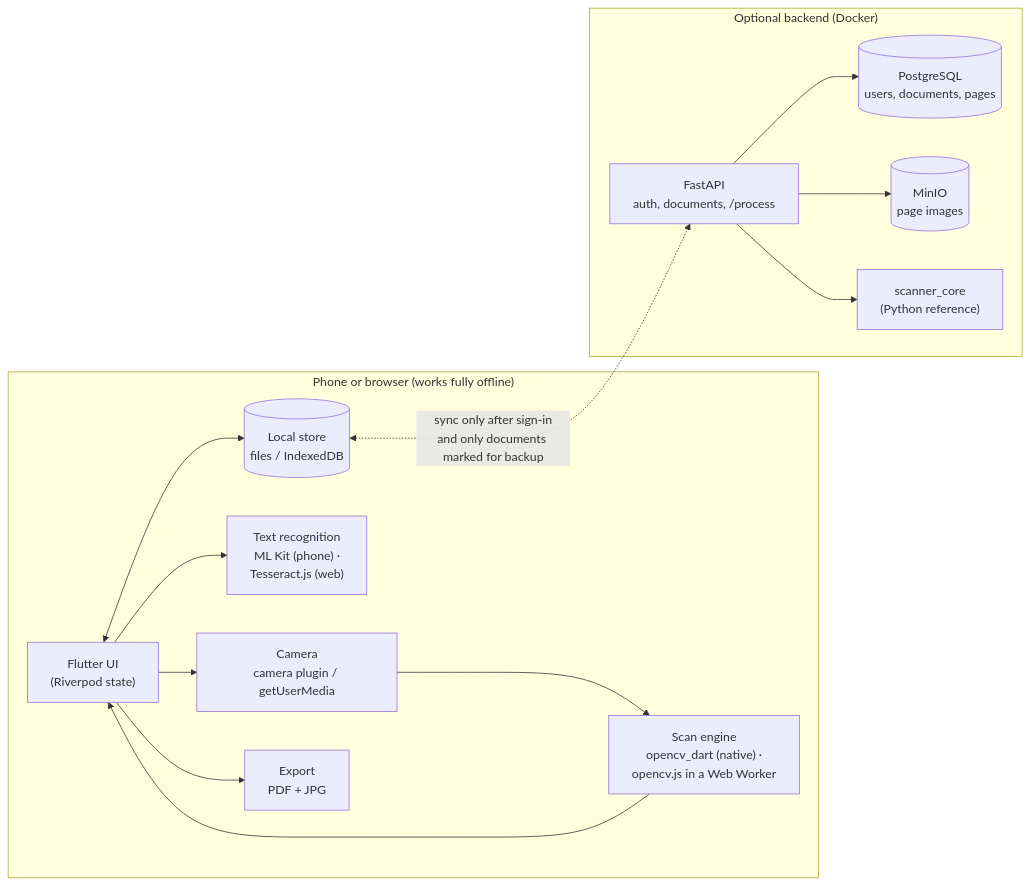
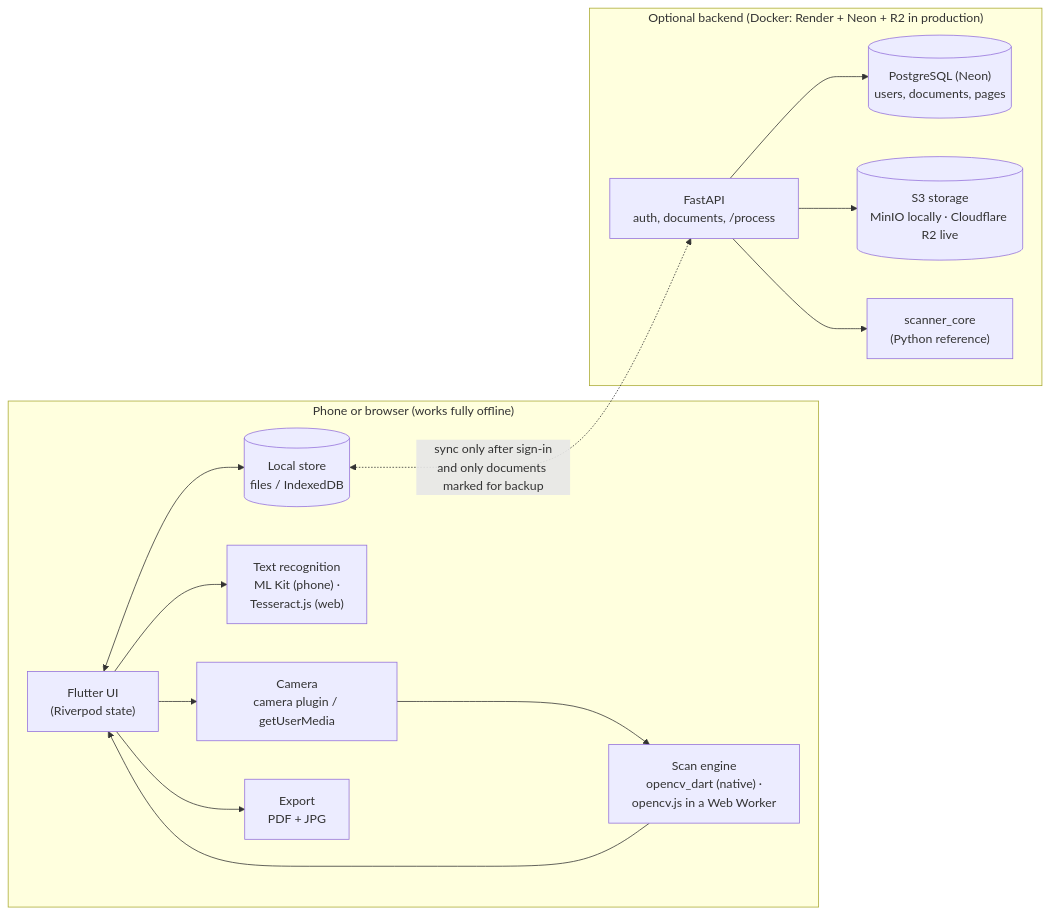
The first of 2 diagrams in docs/TECH_DECISIONS.md (manav252/DocScanner), drawn with Mermaid before and after one commit. The commit also changed other lines of this file and 3 other files, not shown here.

Commit message:
Document how the whole system works: ARCHITECTURE.md, live links, architecture summary in README

````diff
--- a/docs/TECH_DECISIONS.md
+++ b/docs/TECH_DECISIONS.md
@@ -8,25 +10,25 @@
 ```mermaid
 flowchart LR
   subgraph Device["Phone or browser (works fully offline)"]
     UI["Flutter UI<br/>(Riverpod state)"]
     CAM["Camera<br/>camera plugin / getUserMedia"]
     CV["Scan engine<br/>opencv_dart (native) ·<br/>opencv.js in a Web Worker"]
     OCR["Text recognition<br/>ML Kit (phone) ·<br/>Tesseract.js (web)"]
     STORE[("Local store<br/>files / IndexedDB")]
     EXP["Export<br/>PDF + JPG"]
     UI --> CAM --> CV --> UI
     UI --> OCR
     UI <--> STORE
     UI --> EXP
   end
-  subgraph Server["Optional backend (Docker)"]
+  subgraph Server["Optional backend (Docker: Render + Neon + R2 in production)"]
     API["FastAPI<br/>auth, documents, /process"]
-    PG[("PostgreSQL<br/>users, documents, pages")]
-    S3[("MinIO<br/>page images")]
+    PG[("PostgreSQL (Neon)<br/>users, documents, pages")]
+    S3[("S3 storage<br/>MinIO locally · Cloudflare R2 live")]
     CORE["scanner_core<br/>(Python reference)"]
     API --> PG
     API --> S3
     API --> CORE
   end
   STORE <-. "sync only after sign-in<br/>and only documents marked for backup" .-> API
 ```
````
